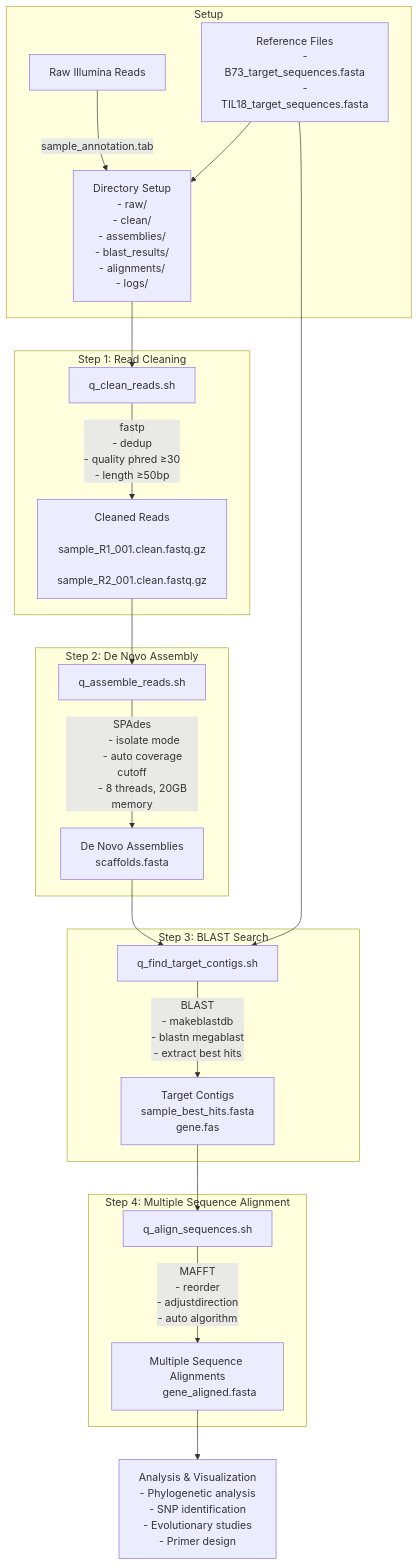
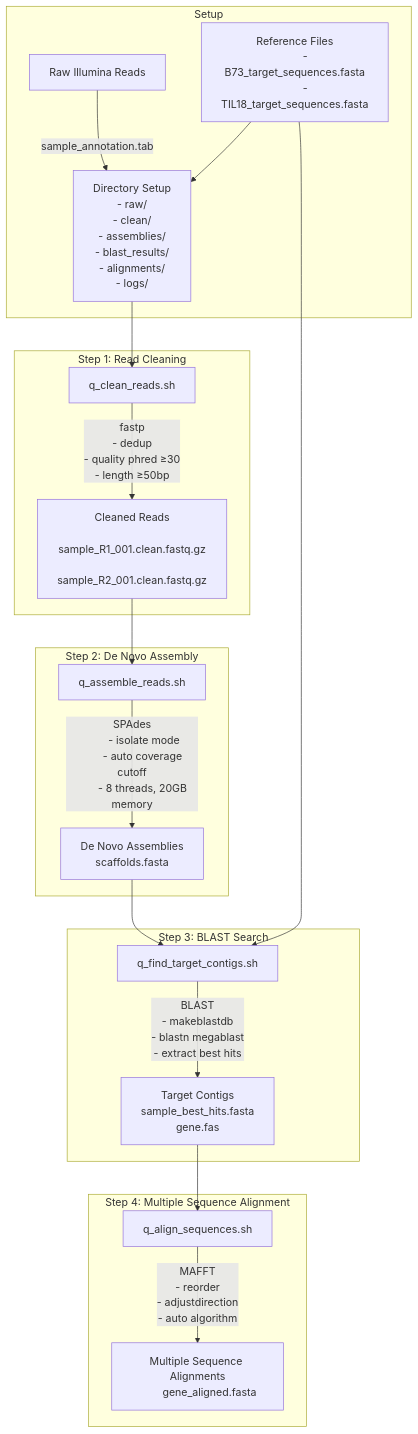
Before and after one commit to sawers-rellan-labs/targseq: the second of 2 diagrams in README.md, drawn with Mermaid. The commit also changed other lines of this file, not shown here.

````diff
--- a/README.md
+++ b/README.md
@@ -48,60 +47,54 @@
 ```mermaid
 flowchart TD
     subgraph "Setup"
         A[Raw Illumina Reads] --> |sample_annotation.tab| B["Directory Setup
         - raw/
         - clean/ 
         - assemblies/
         - blast_results/
         - alignments/
         - logs/"]
         C["Reference Files
         - B73_target_sequences.fasta
         - TIL18_target_sequences.fasta"] --> B
     end
   
     subgraph "Step 1: Read Cleaning"
         B --> D["q_clean_reads.sh"]
         D --> |"fastp
         - dedup
         - quality phred ≥30
         - length ≥50bp"| E["Cleaned Reads
         sample_R1_001.clean.fastq.gz
         sample_R2_001.clean.fastq.gz"]
     end
     
     subgraph "Step 2: De Novo Assembly"
         E --> F["q_assemble_reads.sh"]
         F --> |"SPAdes
         - isolate mode
         - auto coverage cutoff
         - 8 threads, 20GB memory"| G["De Novo Assemblies
         scaffolds.fasta"]
     end
     
     subgraph "Step 3: BLAST Search"
         G --> H["q_find_target_contigs.sh"]
         C --> H
         H --> |"BLAST
         - makeblastdb
         - blastn megablast
         - extract best hits"| I["Target Contigs
         sample_best_hits.fasta
         gene.fas"]
     end
     
     subgraph "Step 4: Multiple Sequence Alignment"
         I --> J["q_align_sequences.sh"]
         J --> |"MAFFT
         - reorder
         - adjustdirection
         - auto algorithm"| K["Multiple Sequence Alignments
         gene_aligned.fasta"]
     end
-    
-    K --> L["Analysis & Visualization
-    - Phylogenetic analysis
-    - SNP identification
-    - Evolutionary studies
-    - Primer design"]  
 ```
````
